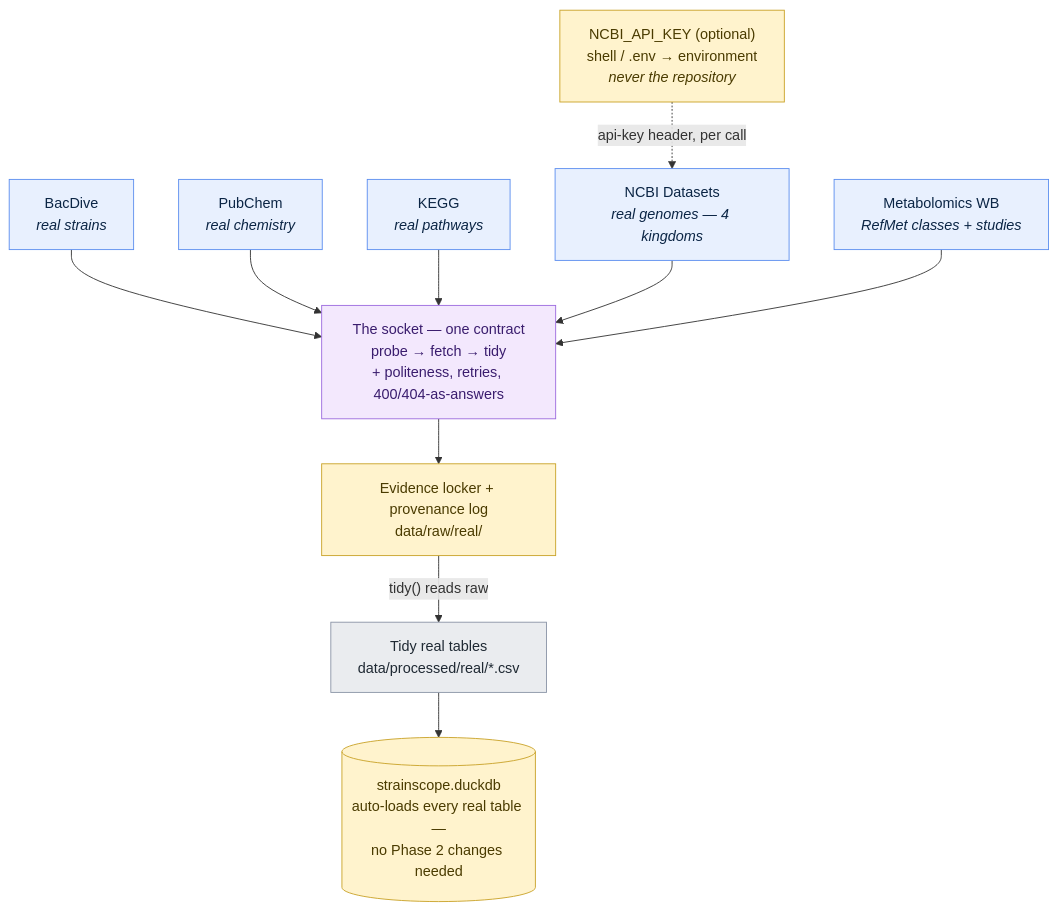
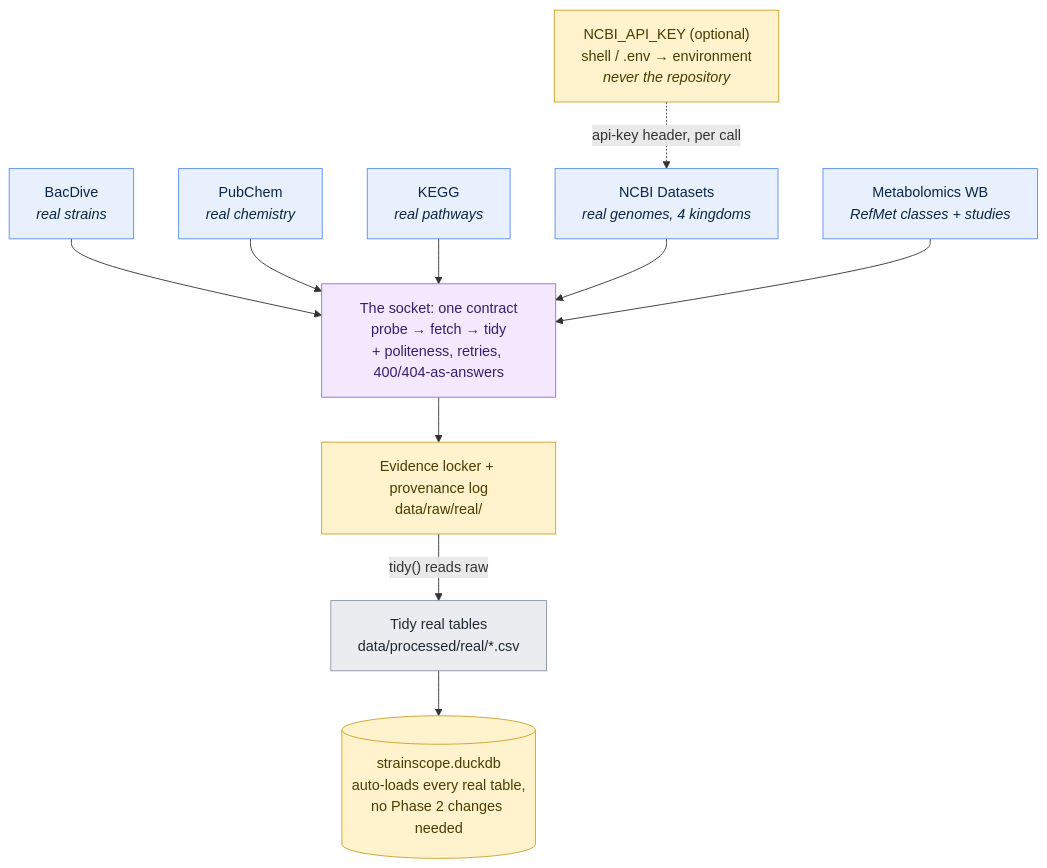
One commit to akannan2987/strainscope changed the diagram in docs/02c-more-real-sources.md. Above: the diagram before and after it, drawn with Mermaid. The commit also changed other lines of this file and 103 other files, not shown here.

````diff
--- a/docs/02c-more-real-sources.md
+++ b/docs/02c-more-real-sources.md
@@ -46,33 +46,33 @@
 ```mermaid
 flowchart TD
     P1["BacDive<br/><i>real strains</i>"]
     P2["PubChem<br/><i>real chemistry</i>"]
     P3["KEGG<br/><i>real pathways</i>"]
-    P4["NCBI Datasets<br/><i>real genomes — 4 kingdoms</i>"]
+    P4["NCBI Datasets<br/><i>real genomes, 4 kingdoms</i>"]
     P5["Metabolomics WB<br/><i>RefMet classes + studies</i>"]
     KEY["NCBI_API_KEY (optional)<br/>shell / .env → environment<br/><i>never the repository</i>"]
-    SOCK["The socket — one contract<br/>probe → fetch → tidy<br/>+ politeness, retries, 400/404-as-answers"]
+    SOCK["The socket: one contract<br/>probe → fetch → tidy<br/>+ politeness, retries, 400/404-as-answers"]
     LOCK["Evidence locker + provenance log<br/>data/raw/real/"]
     TIDY["Tidy real tables<br/>data/processed/real/*.csv"]
-    DB[("strainscope.duckdb<br/>auto-loads every real table —<br/>no Phase 2 changes needed")]
+    DB[("strainscope.duckdb<br/>auto-loads every real table,<br/>no Phase 2 changes needed")]
 
     P1 --> SOCK
     P2 --> SOCK
     P3 --> SOCK
     P4 --> SOCK
     P5 --> SOCK
     KEY -.->|"api-key header, per call"| P4
     SOCK --> LOCK
     LOCK -->|"tidy() reads raw"| TIDY
     TIDY --> DB
 
     classDef laptop fill:#E8F0FE,stroke:#5B8DEF,color:#0B2545;
     classDef store fill:#FFF3CD,stroke:#C9A227,color:#4A3B00;
     classDef artifact fill:#EAECEF,stroke:#8A94A6,color:#1F2933;
     classDef ai fill:#F3E8FD,stroke:#9C6ADE,color:#3A1D6E;
     class P1,P2,P3,P4,P5 laptop
     class SOCK ai
     class LOCK,DB store
     class TIDY artifact
     class KEY store
 ```
````
